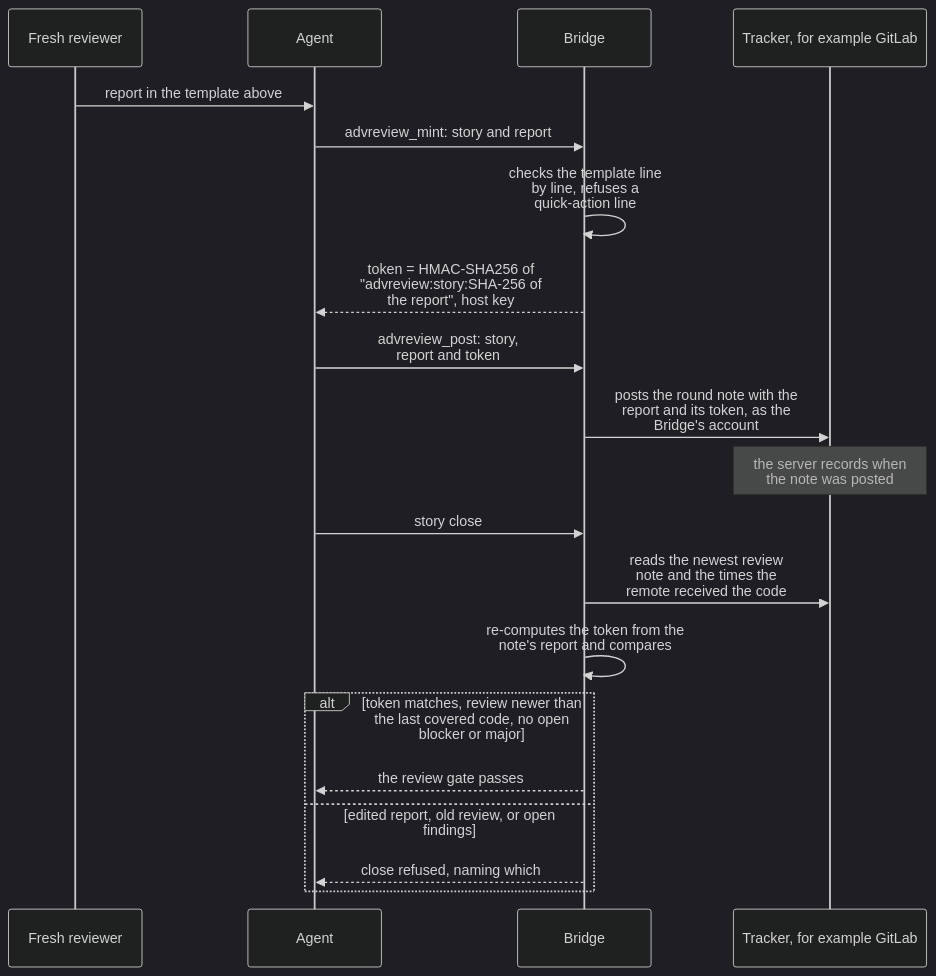
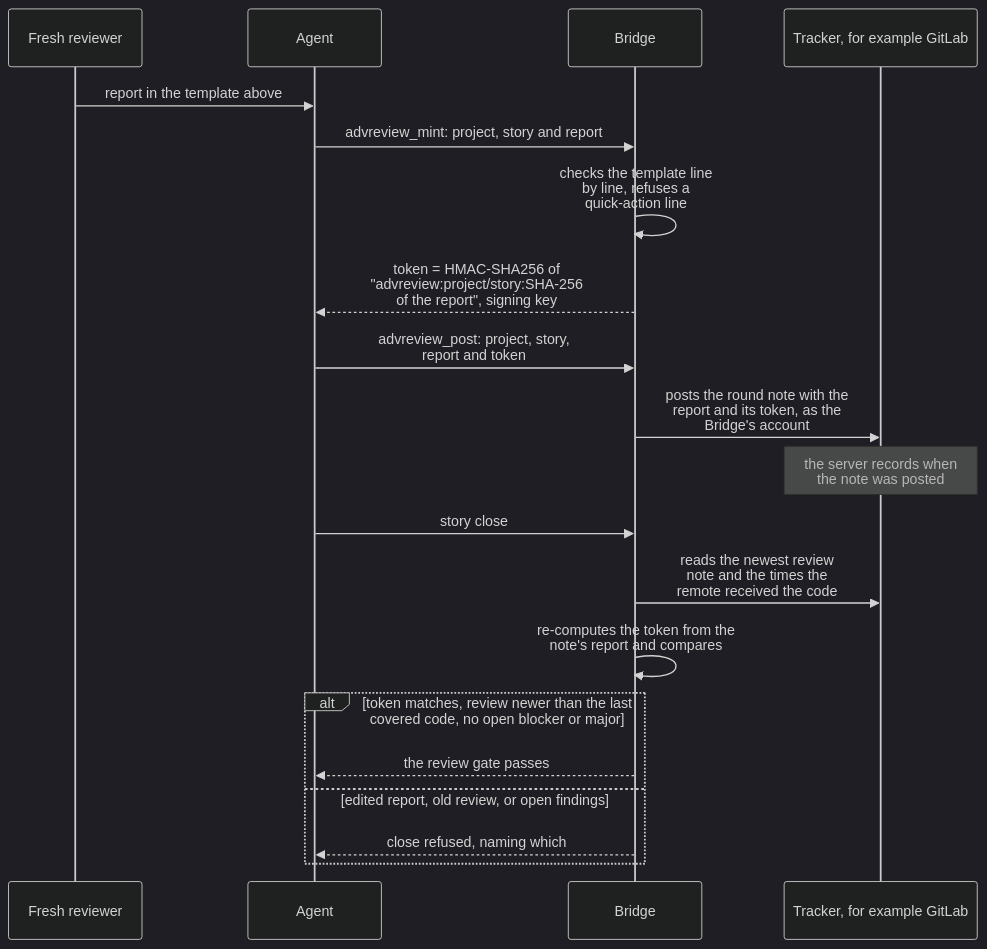
Before and after one commit to DogmaSolutions/Kyklos: the diagram in docs/ADVERSARIAL_REVIEW.md, drawn with Mermaid (dark theme). The commit also changed other lines of this file and 40 other files, not shown here.

````diff
--- a/docs/ADVERSARIAL_REVIEW.md
+++ b/docs/ADVERSARIAL_REVIEW.md
@@ -57,22 +57,22 @@
 ```mermaid
 sequenceDiagram
     participant Reviewer as Fresh reviewer
     participant Agent
     participant Bridge
     participant Tracker as Tracker, for example GitLab
     Reviewer->>Agent: report in the template above
-    Agent->>Bridge: advreview_mint: story and report
+    Agent->>Bridge: advreview_mint: project, story and report
     Bridge->>Bridge: checks the template line<br/>by line, refuses a<br/>quick-action line
-    Bridge-->>Agent: token = HMAC-SHA256 of<br/>"advreview:story:SHA-256 of<br/>the report", host key
-    Agent->>Bridge: advreview_post: story,<br/>report and token
+    Bridge-->>Agent: token = HMAC-SHA256 of<br/>"advreview:project/story:SHA-256<br/>of the report", signing key
+    Agent->>Bridge: advreview_post: project, story,<br/>report and token
     Bridge->>Tracker: posts the round note with the<br/>report and its token, as the<br/>Bridge's account
     Note over Tracker: the server records when<br/>the note was posted
     Agent->>Bridge: story close
     Bridge->>Tracker: reads the newest review<br/>note and the times the<br/>remote received the code
     Bridge->>Bridge: re-computes the token from the<br/>note's report and compares
     alt token matches, review newer than the last covered code, no open blocker or major
         Bridge-->>Agent: the review gate passes
     else edited report, old review, or open findings
         Bridge-->>Agent: close refused, naming which
     end
 ```
````
